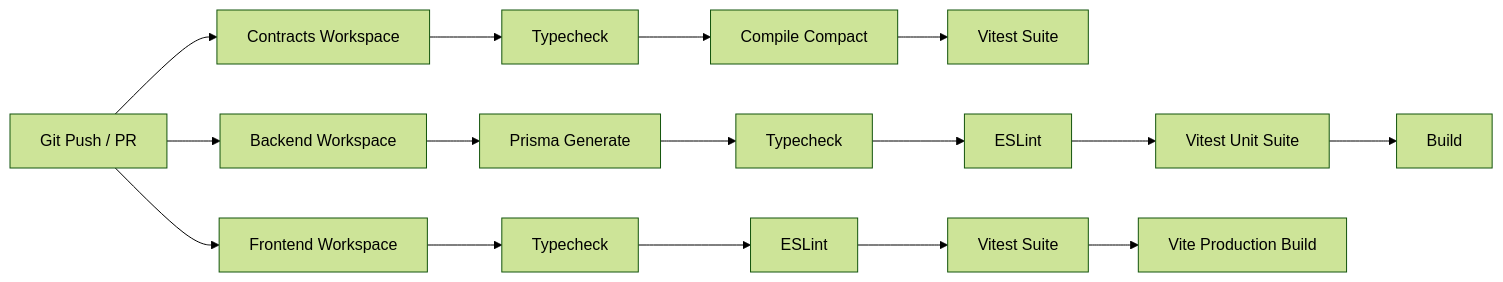
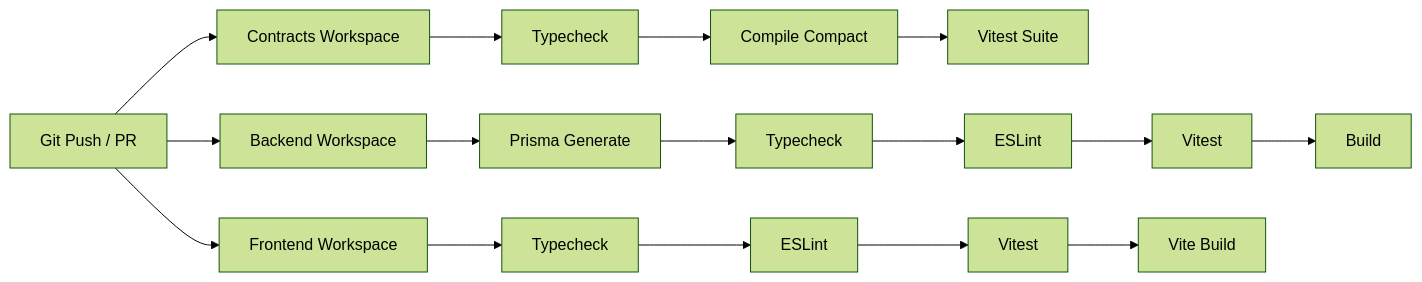
One commit to sujeetkulkarni668/privpass changed the diagram in README.md. Above: the diagram before and after it, drawn with Mermaid (forest theme). The commit also changed other lines of this file and 2 other files, not shown here.

````diff
--- a/README.md
+++ b/README.md
@@ -356,9 +290,9 @@
 ```mermaid
 flowchart LR
     A[Git Push / PR] --> B[Contracts Workspace]
     A --> C[Backend Workspace]
     A --> D[Frontend Workspace]
     B --> B1[Typecheck] --> B2[Compile Compact] --> B3[Vitest Suite]
-    C --> C1[Prisma Generate] --> C2[Typecheck] --> C3[ESLint] --> C4[Vitest Unit Suite] --> C5[Build]
-    D --> D1[Typecheck] --> D2[ESLint] --> D3[Vitest Suite] --> D4[Vite Production Build]
+    C --> C1[Prisma Generate] --> C2[Typecheck] --> C3[ESLint] --> C4[Vitest] --> C5[Build]
+    D --> D1[Typecheck] --> D2[ESLint] --> D3[Vitest] --> D4[Vite Build]
 ```
````
